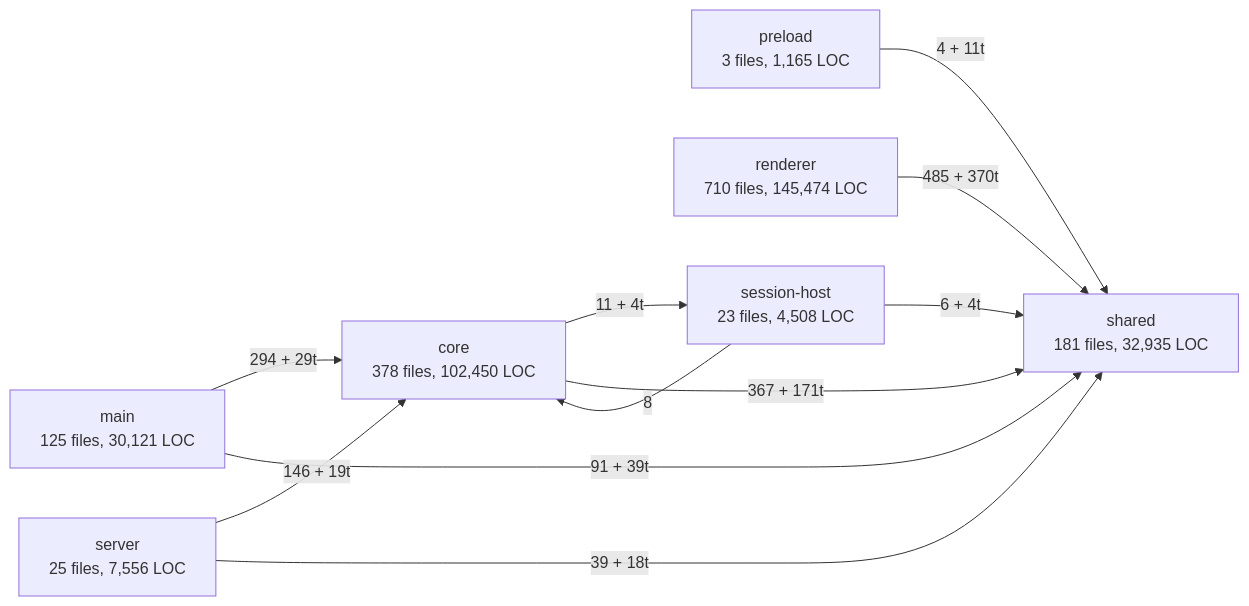
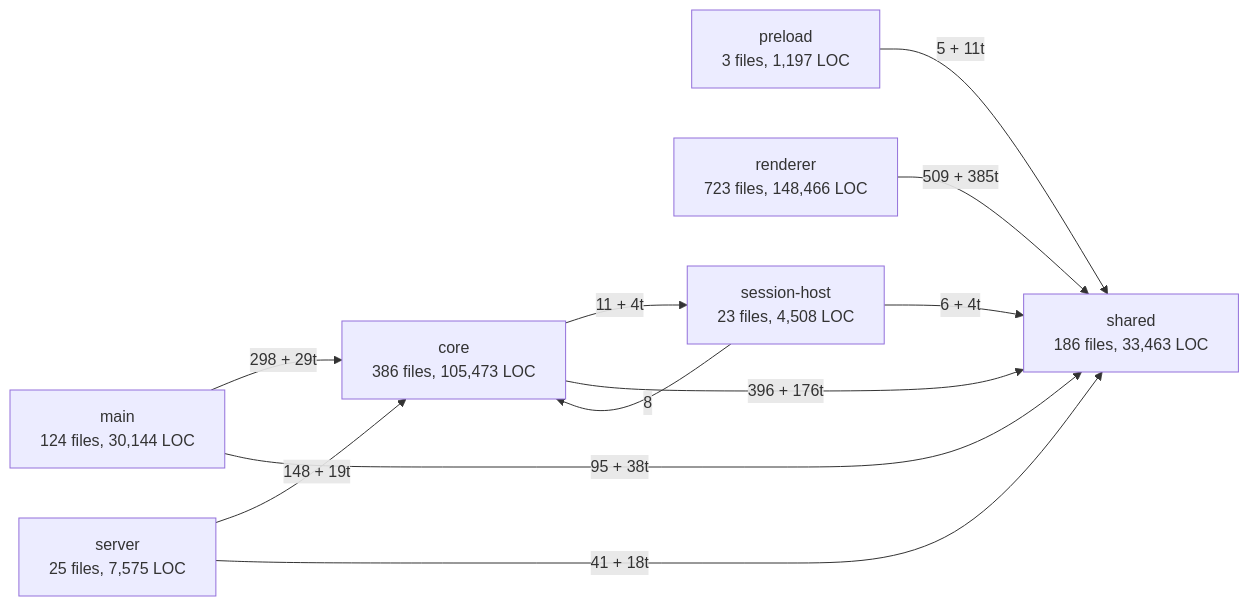
The first of 8 diagrams in docs/architecture/GRAPH.md (pollog09/DisTerm), drawn with Mermaid before and after one commit. The commit also changed other lines of this file and 72 other files, not shown here.

````diff
--- a/docs/architecture/GRAPH.md
+++ b/docs/architecture/GRAPH.md
@@ -24,20 +24,20 @@
 ```mermaid
 flowchart LR
-  n_core["core<br/>378 files, 102,450 LOC"]
-  n_main["main<br/>125 files, 30,121 LOC"]
-  n_preload["preload<br/>3 files, 1,165 LOC"]
-  n_renderer["renderer<br/>710 files, 145,474 LOC"]
-  n_server["server<br/>25 files, 7,556 LOC"]
+  n_core["core<br/>386 files, 105,473 LOC"]
+  n_main["main<br/>124 files, 30,144 LOC"]
+  n_preload["preload<br/>3 files, 1,197 LOC"]
+  n_renderer["renderer<br/>723 files, 148,466 LOC"]
+  n_server["server<br/>25 files, 7,575 LOC"]
   n_session_host["session-host<br/>23 files, 4,508 LOC"]
-  n_shared["shared<br/>181 files, 32,935 LOC"]
+  n_shared["shared<br/>186 files, 33,463 LOC"]
   n_core -->|"11 + 4t"| n_session_host
-  n_core -->|"367 + 171t"| n_shared
-  n_main -->|"294 + 29t"| n_core
-  n_main -->|"91 + 39t"| n_shared
-  n_preload -->|"4 + 11t"| n_shared
-  n_renderer -->|"485 + 370t"| n_shared
-  n_server -->|"146 + 19t"| n_core
-  n_server -->|"39 + 18t"| n_shared
+  n_core -->|"396 + 176t"| n_shared
+  n_main -->|"298 + 29t"| n_core
+  n_main -->|"95 + 38t"| n_shared
+  n_preload -->|"5 + 11t"| n_shared
+  n_renderer -->|"509 + 385t"| n_shared
+  n_server -->|"148 + 19t"| n_core
+  n_server -->|"41 + 18t"| n_shared
   n_session_host -->|"8"| n_core
   n_session_host -->|"6 + 4t"| n_shared
 ```
````
